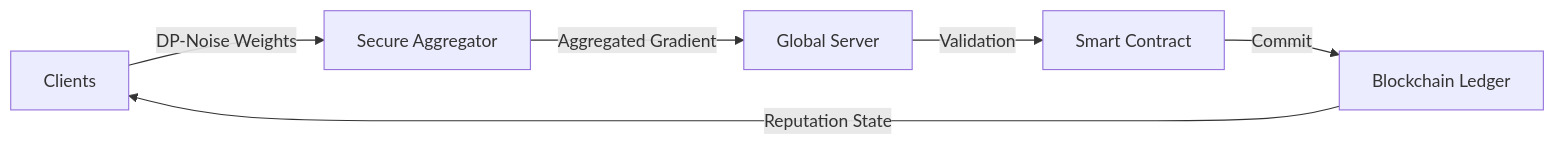
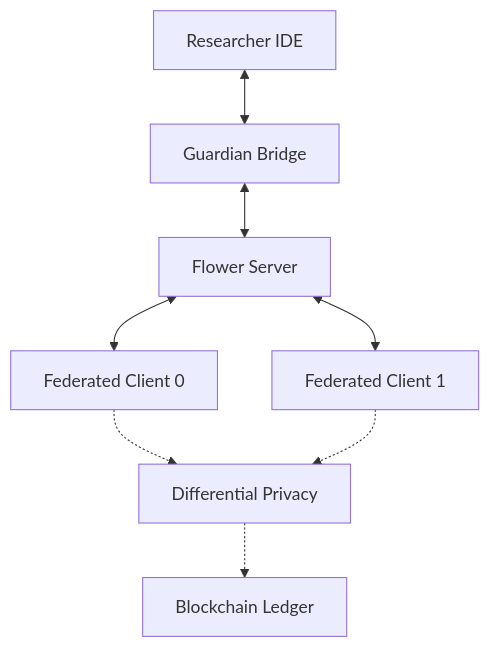
One commit to ImBajrangi/FederatedLearningSystem changed the diagram in readMe.md. Above: the diagram before and after it, drawn with Mermaid. The commit also changed other lines of this file and 15 other files, not shown here.

````diff
--- a/readMe.md
+++ b/readMe.md
@@ -41,8 +44,10 @@
 ```mermaid
-graph LR
-    A[Clients] -- "DP-Noise Weights" --> B[Secure Aggregator]
-    B -- "Aggregated Gradient" --> C[Global Server]
-    C -- "Validation" --> D[Smart Contract]
-    D -- "Commit" --> E[Blockchain Ledger]
-    E -- "Reputation State" --> A
+graph TD
+    A[Researcher IDE] <--> B[Guardian Bridge]
+    B <--> C[Flower Server]
+    C <--> D[Federated Client 0]
+    C <--> E[Federated Client 1]
+    D -.-> F[Differential Privacy]
+    E -.-> F
+    F -.-> G[Blockchain Ledger]
 ```
````
